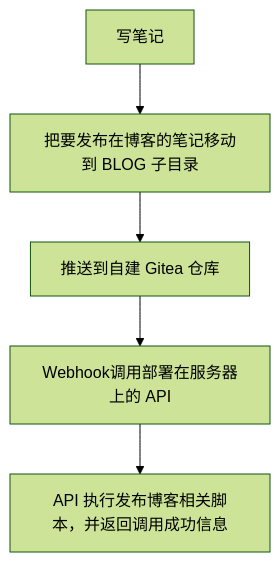
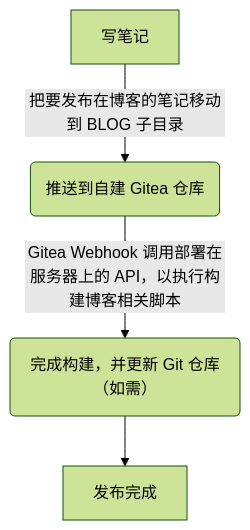
Before and after one commit to waleslau/blog_source: the diagram in source/_posts/我的建站历程&博客发布流程优化.md, drawn with Mermaid (forest theme). The commit also changed other lines of this file, not shown here.

Commit message:
from d3c65a6
M  source/_posts/我的建站历程&博客发布流程优化.md

````diff
--- a/source/_posts/我的建站历程&博客发布流程优化.md
+++ b/source/_posts/我的建站历程&博客发布流程优化.md
@@ -33,10 +33,11 @@
 ```mermaid
-graph TD;
-A[写笔记];
-B[把要发布在博客的笔记移动到 BLOG 子目录];
-C[推送到自建 Gitea 仓库];
-D[Webhook调用部署在服务器上的 API]
-E[API 执行发布博客相关脚本，并返回调用成功信息]
+flowchart TD
 
-A-->B-->C-->D-->E;
+A[写笔记] -->|把要发布在博客的笔记移动到 BLOG 子目录| B
+
+B(推送到自建 Gitea 仓库) -->| Gitea Webhook 调用部署在服务器上的 API，以执行构建博客相关脚本| C
+
+C(完成构建，并更新 Git 仓库（如需）)
+
+C-->D[发布完成]
 ```
````
